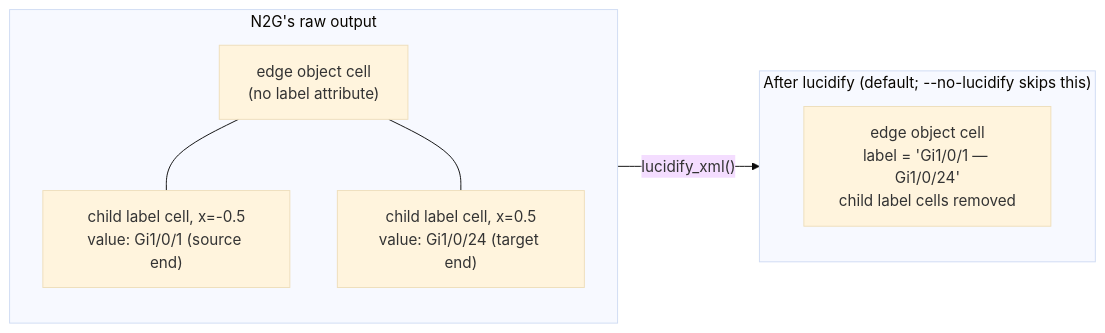
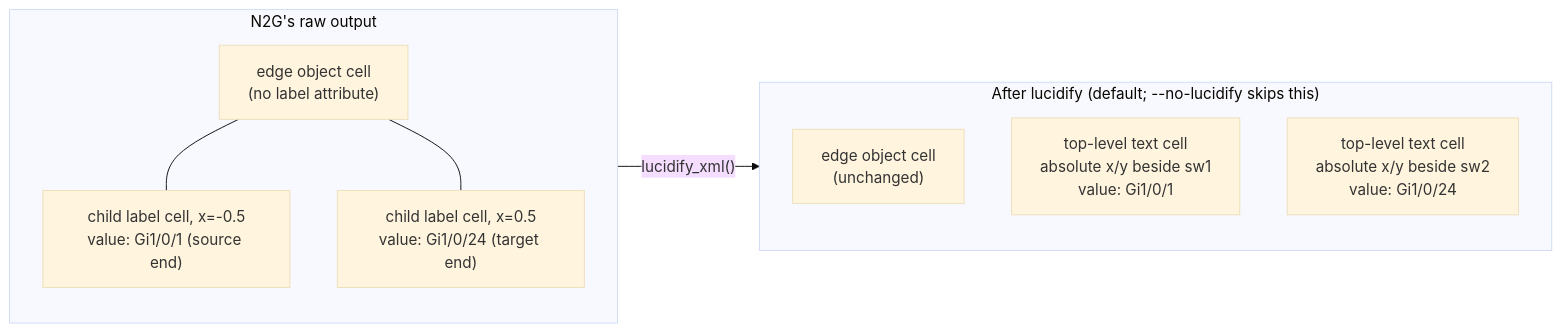
Before and after one commit to isrferna/nettopo: the fifth of 5 diagrams in docs/architecture.md, drawn with Mermaid (base theme). The commit also changed other lines of this file and 8 other files, not shown here.

````diff
--- a/docs/architecture.md
+++ b/docs/architecture.md
@@ -493,14 +498,16 @@
 ```mermaid
 flowchart LR
     subgraph before["N2G's raw output"]
         E1["edge object cell<br/>(no label attribute)"]
         L1["child label cell, x=-0.5<br/>value: Gi1/0/1 (source end)"]
         L2["child label cell, x=0.5<br/>value: Gi1/0/24 (target end)"]
         E1 --- L1
         E1 --- L2
     end
     before -- "lucidify_xml()" --> after
     subgraph after["After lucidify (default; --no-lucidify skips this)"]
-        E2["edge object cell<br/>label = 'Gi1/0/1 — Gi1/0/24'<br/>child label cells removed"]
+        E2["edge object cell<br/>(unchanged)"]
+        F1["top-level text cell<br/>absolute x/y beside sw1<br/>value: Gi1/0/1"]
+        F2["top-level text cell<br/>absolute x/y beside sw2<br/>value: Gi1/0/24"]
     end
 ```
````
